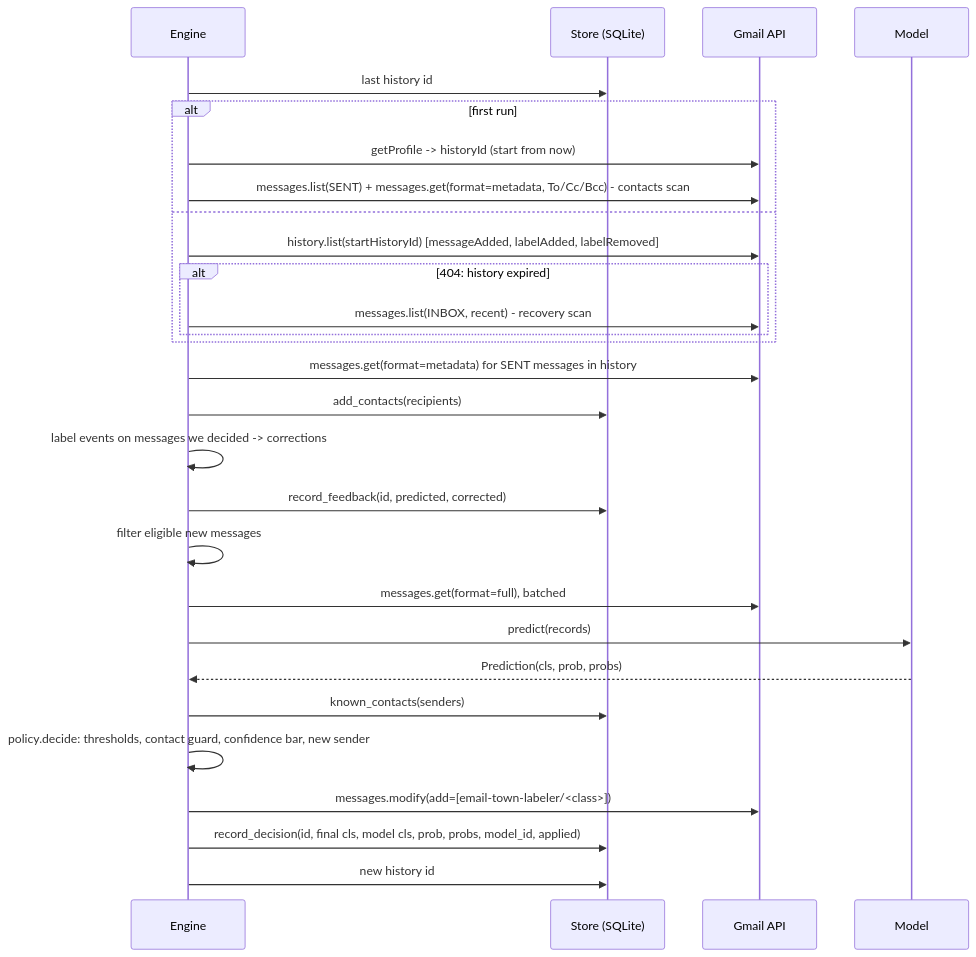
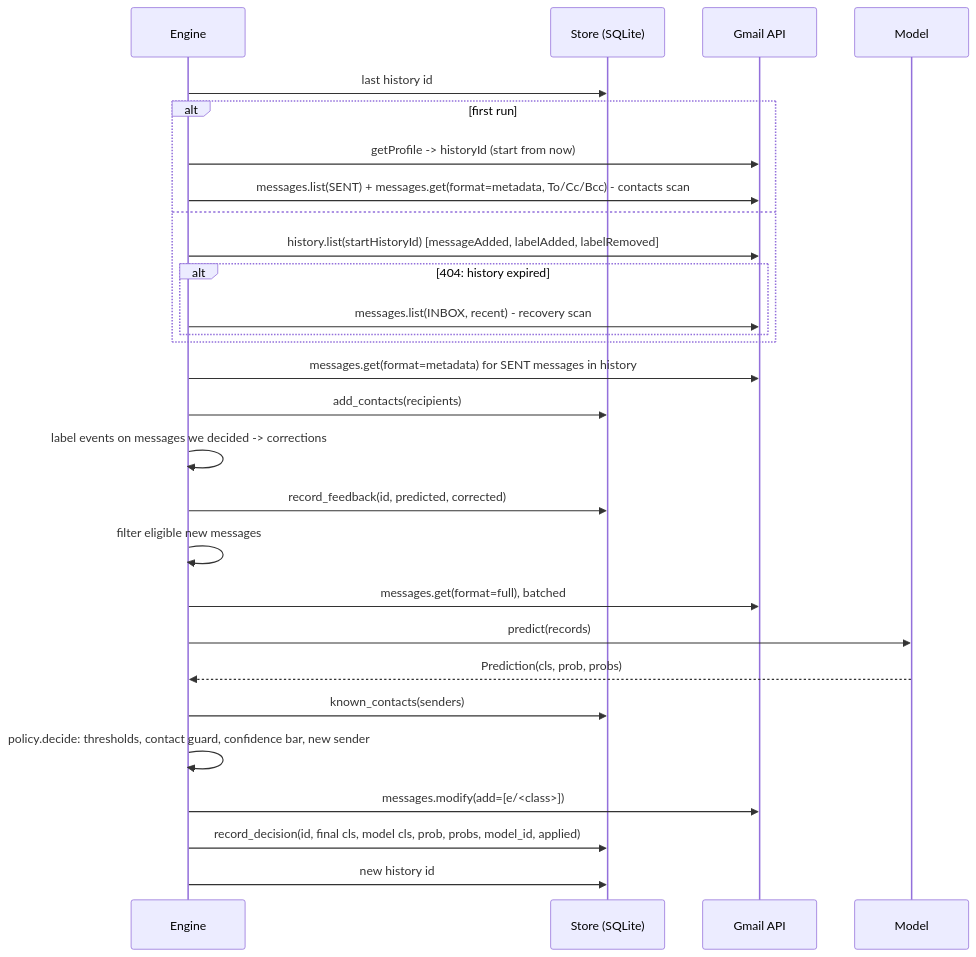
Before and after one commit to scamai/email-town-labeler: the second of 2 diagrams in docs/architecture.md, drawn with Mermaid. The commit also changed 20 other files, not shown here.

````diff
--- a/docs/architecture.md
+++ b/docs/architecture.md
@@ -35,30 +35,30 @@
 ```mermaid
 sequenceDiagram
   participant E as Engine
   participant S as Store (SQLite)
   participant G as Gmail API
   participant M as Model
   E->>S: last history id
   alt first run
     E->>G: getProfile -> historyId (start from now)
     E->>G: messages.list(SENT) + messages.get(format=metadata, To/Cc/Bcc) - contacts scan
   else
     E->>G: history.list(startHistoryId) [messageAdded, labelAdded, labelRemoved]
     alt 404: history expired
       E->>G: messages.list(INBOX, recent) - recovery scan
     end
   end
   E->>G: messages.get(format=metadata) for SENT messages in history
   E->>S: add_contacts(recipients)
   E->>E: label events on messages we decided -> corrections
   E->>S: record_feedback(id, predicted, corrected)
   E->>E: filter eligible new messages
   E->>G: messages.get(format=full), batched
   E->>M: predict(records)
   M-->>E: Prediction(cls, prob, probs)
   E->>S: known_contacts(senders)
   E->>E: policy.decide: thresholds, contact guard, confidence bar, new sender
-  E->>G: messages.modify(add=[email-town-labeler/<class>])
+  E->>G: messages.modify(add=[e/<class>])
   E->>S: record_decision(id, final cls, model cls, prob, probs, model_id, applied)
   E->>S: new history id
 ```
````
